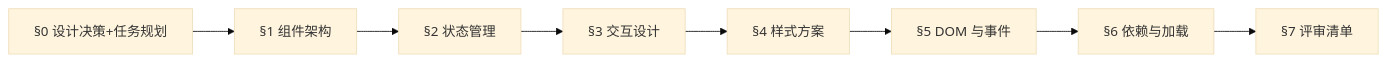
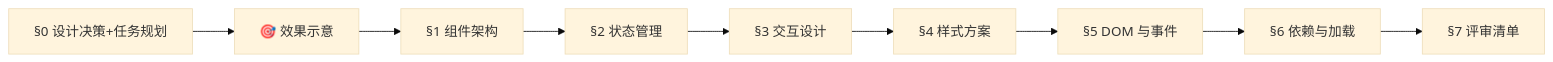
One commit to effiy/YrY changed the seventh of 15 diagrams in skills/rui/formulas.md. Above: the diagram before and after it, drawn with Mermaid (base theme). The commit also changed other lines of this file and 1 other file, not shown here.

````diff
--- a/skills/rui/formulas.md
+++ b/skills/rui/formulas.md
@@ -404,10 +433,11 @@
 ```mermaid
 flowchart LR
-    S0["§0 设计决策+任务规划"] --> S1["§1 组件架构"]
+    S0["§0 设计决策+任务规划"] --> SE["🎯 效果示意"]
+    SE --> S1["§1 组件架构"]
     S1 --> S2["§2 状态管理"]
     S2 --> S3["§3 交互设计"]
     S3 --> S4["§4 样式方案"]
     S4 --> S5["§5 DOM 与事件"]
     S5 --> S6["§6 依赖与加载"]
     S6 --> S7["§7 评审清单"]
 ```
````
